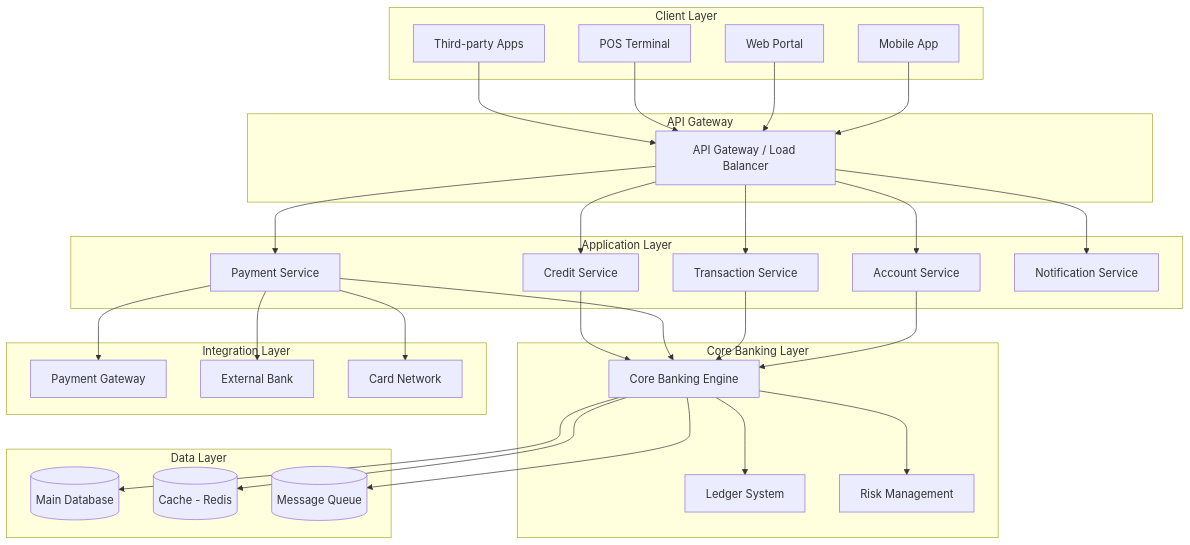
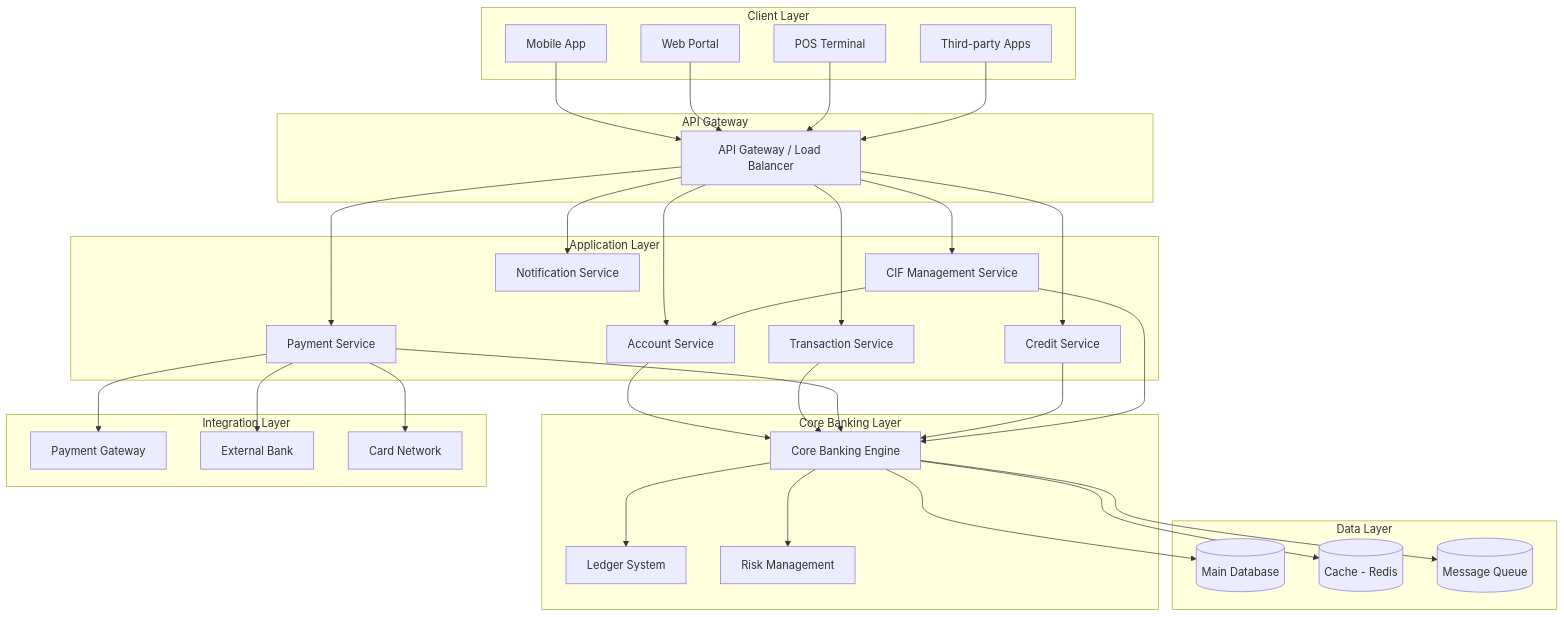
Before and after one commit to PhuMBT/eWallet_CBS: the first of 5 diagrams in docs/cbs-sdk-finance/02-architecture.md, drawn with Mermaid. The commit also changed other lines of this file, not shown here.

First line of the commit message:
feat(architecture): Add CIF Management Service to system architecture

````diff
--- a/docs/cbs-sdk-finance/02-architecture.md
+++ b/docs/cbs-sdk-finance/02-architecture.md
@@ -14,61 +14,65 @@
 ```mermaid
 graph TB
     subgraph "Client Layer"
         A[Mobile App]
         B[Web Portal]
         C[POS Terminal]
         D[Third-party Apps]
     end
     
     subgraph "API Gateway"
         E[API Gateway / Load Balancer]
     end
     
     subgraph "Application Layer"
         F[Account Service]
         G[Transaction Service]
         H[Payment Service]
         I[Credit Service]
-        J[Notification Service]
+        J[CIF Management Service]
+        K1[Notification Service]
     end
     
     subgraph "Core Banking Layer"
         K[Core Banking Engine]
         L[Ledger System]
         M[Risk Management]
     end
     
     subgraph "Data Layer"
         N[(Main Database)]
         O[(Cache - Redis)]
         P[(Message Queue)]
     end
     
     subgraph "Integration Layer"
         Q[Payment Gateway]
         R[External Bank]
         S[Card Network]
     end
     
     A --> E
     B --> E
     C --> E
     D --> E
     E --> F
     E --> G
     E --> H
     E --> I
     E --> J
+    E --> K1
     F --> K
     G --> K
     H --> K
     I --> K
+    J --> K
     K --> L
     K --> M
     K --> N
     K --> O
     K --> P
     H --> Q
     H --> R
     H --> S
+    J --> F
 ```
````
